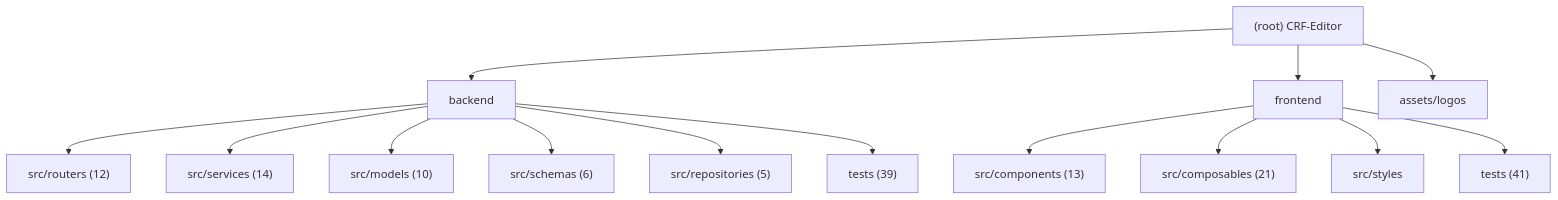
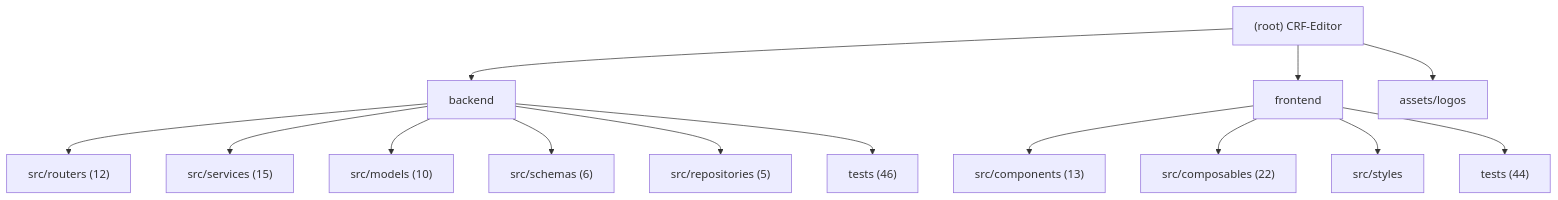
Before and after one commit to decade6666/CRF-Editor: the diagram in .claude/CLAUDE.md, drawn with Mermaid. The commit also changed other lines of this file and 22 other files, not shown here.

````diff
--- a/.claude/CLAUDE.md
+++ b/.claude/CLAUDE.md
@@ -15,19 +15,19 @@
 ```mermaid
 graph TD
     A["(root) CRF-Editor"] --> B["backend"];
     B --> B1["src/routers (12)"];
-    B --> B2["src/services (14)"];
+    B --> B2["src/services (15)"];
     B --> B3["src/models (10)"];
     B --> B4["src/schemas (6)"];
     B --> B5["src/repositories (5)"];
-    B --> B6["tests (39)"];
+    B --> B6["tests (46)"];
     A --> C["frontend"];
     C --> C1["src/components (13)"];
-    C --> C2["src/composables (21)"];
+    C --> C2["src/composables (22)"];
     C --> C3["src/styles"];
-    C --> C4["tests (41)"];
+    C --> C4["tests (44)"];
     A --> D["assets/logos"];
 
     click B "./backend/.claude/CLAUDE.md" "View backend module docs"
     click C "./frontend/.claude/CLAUDE.md" "View frontend module docs"
 ```
````
